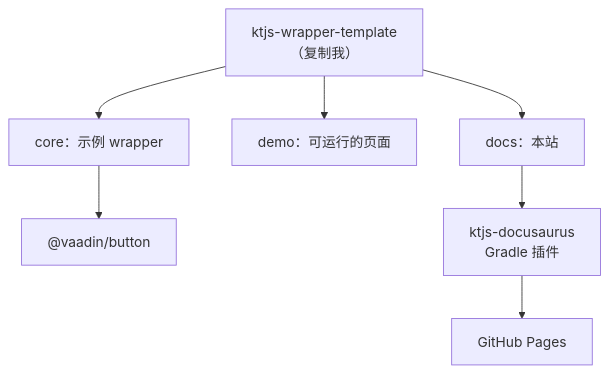
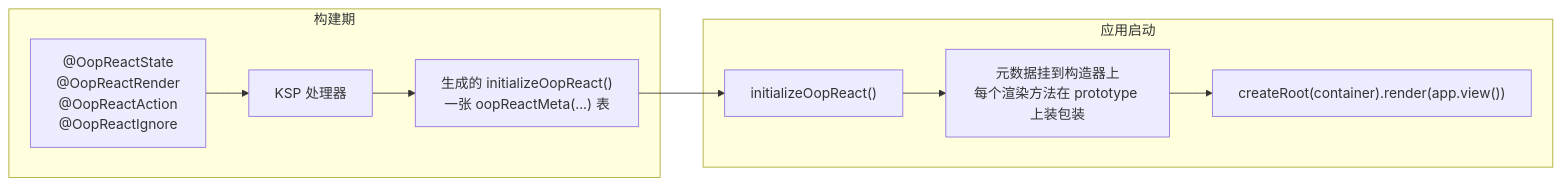
One commit to shijianjs/ktjs-oop-react changed the diagram in docs/src/jsMain/resources/i18n/zh-Hans/docusaurus-plugin-content-docs/current/intro.md. Above: the diagram before and after it, drawn with Mermaid. The commit also changed other lines of this file and 17 other files, not shown here.

````diff
--- a/docs/src/jsMain/resources/i18n/zh-Hans/docusaurus-plugin-content-docs/current/intro.md
+++ b/docs/src/jsMain/resources/i18n/zh-Hans/docusaurus-plugin-content-docs/current/intro.md
@@ -30,9 +51,12 @@
 ```mermaid
-flowchart TB
-  T["ktjs-wrapper-template<br/>（复制我）"] --> C["core：示例 wrapper"]
-  T --> D["demo：可运行的页面"]
-  T --> G["docs：本站"]
-  C --> V["@vaadin/button"]
-  G --> B["ktjs-docusaurus<br/>Gradle 插件"]
-  B --> P["GitHub Pages"]
+flowchart LR
+    subgraph build["构建期"]
+        A["@OopReactState<br/>@OopReactRender<br/>@OopReactAction<br/>@OopReactIgnore"] --> B["KSP 处理器"]
+        B --> C["生成的 initializeOopReact()<br/>一张 oopReactMeta(...) 表"]
+    end
+    subgraph runtime["应用启动"]
+        C --> D["initializeOopReact()"]
+        D --> E["元数据挂到构造器上<br/>每个渲染方法在 prototype 上装包装"]
+        E --> F["createRoot(container).render(app.view())"]
+    end
 ```
````
